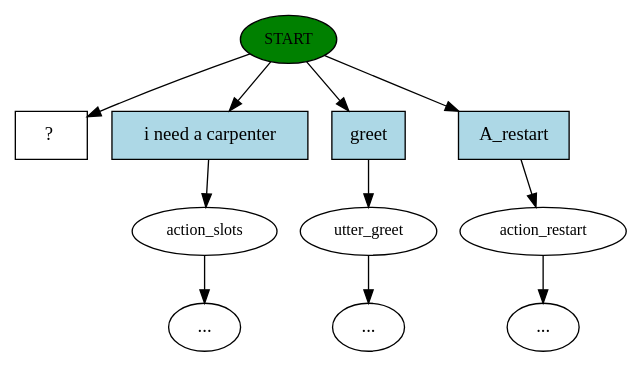
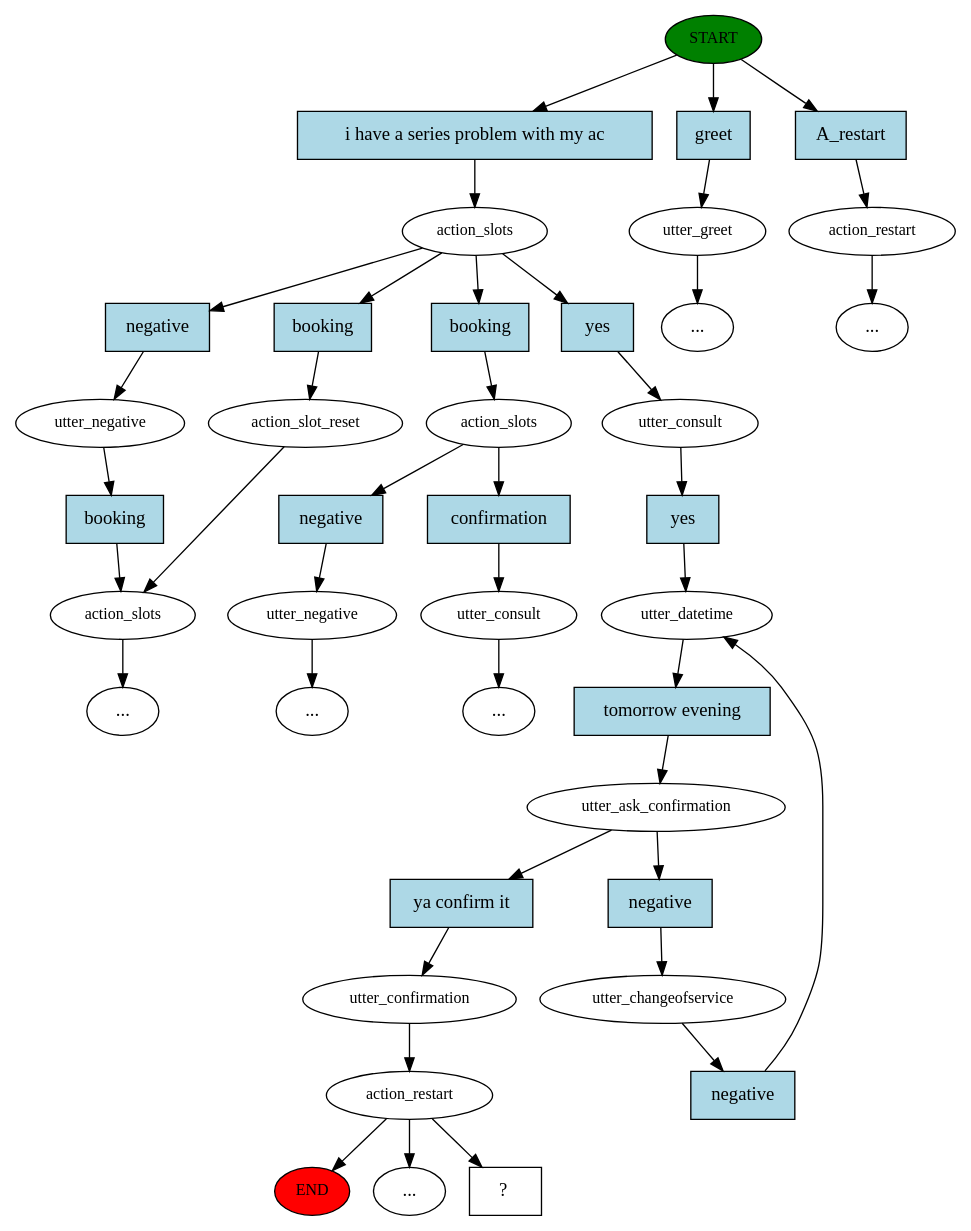
One commit to shyam2718/NLP changed the diagram in story_graph.dot. Above: the diagram before and after it, drawn with Graphviz. The commit also changed 23 other files, not shown here.

```diff
--- a/story_graph.dot
+++ b/story_graph.dot
@@ -1,23 +1,81 @@
 digraph  {
 0 [label=START, fillcolor=green, style=filled, fontsize=12, class="start active"];
-1 [label=action_slots, fontsize=12, class=""];
-2 [label=utter_greet, fontsize=12, class=""];
-6 [label=action_restart, fontsize=12, class=""];
+"-1" [label=END, fillcolor=red, style=filled, fontsize=12, class=end];
+1 [label=action_slots, fontsize=12, class=active];
+2 [label=utter_negative, fontsize=12, class=""];
+3 [label=action_slots, fontsize=12, class=""];
+5 [label=action_slot_reset, fontsize=12, class=""];
+7 [label=utter_greet, fontsize=12, class=""];
+12 [label=action_slots, fontsize=12, class=""];
+13 [label=utter_negative, fontsize=12, class=""];
+"-7" [label="...", class=ellipsis];
+15 [label=utter_consult, fontsize=12, class=active];
+16 [label=utter_datetime, fontsize=12, class=active];
+17 [label=utter_ask_confirmation, fontsize=12, class=active];
+18 [label=utter_confirmation, fontsize=12, class=active];
+19 [label=action_restart, fontsize=12, class=active];
+20 [label=action_restart, fontsize=12, class=""];
 "-8" [label="...", class=ellipsis];
+25 [label=utter_changeofservice, fontsize=12, class=""];
+"-9" [label="...", class=ellipsis];
+33 [label=utter_consult, fontsize=12, class=""];
+"-11" [label="...", class=ellipsis];
 "-12" [label="...", class=ellipsis];
-"-14" [label="...", class=ellipsis];
-13 [label="  ?  ", shape=rect, class="intent dashed active"];
-14 [label="i need a carpenter", shape=rect, style=filled, fillcolor=lightblue, class=intent];
-15 [label=greet, shape=rect, style=filled, fillcolor=lightblue, class=intent];
-16 [label=A_restart, shape=rect, style=filled, fillcolor=lightblue, class=intent];
-0 -> 13  [key=NONE, label="", class=active];
-0 -> 14  [key=0, class=""];
-0 -> 15  [key=0, class=""];
-0 -> 16  [key=0, class=""];
-1 -> "-14"  [key=NONE, label="", class=""];
-2 -> "-12"  [key=NONE, label="", class=""];
-6 -> "-8"  [key=NONE, label="", class=""];
-14 -> 1  [key=0, class=""];
-15 -> 2  [key=0, class=""];
-16 -> 6  [key=0, class=""];
+"-13" [label="...", class=ellipsis];
+44 [label="  ?  ", shape=rect, class="intent dashed active"];
+45 [label="i have a series problem with my ac", shape=rect, style=filled, fillcolor=lightblue, class="intent active"];
+46 [label=greet, shape=rect, style=filled, fillcolor=lightblue, class=intent];
+47 [label=A_restart, shape=rect, style=filled, fillcolor=lightblue, class=intent];
+48 [label=negative, shape=rect, style=filled, fillcolor=lightblue, class=intent];
+49 [label=booking, shape=rect, style=filled, fillcolor=lightblue, class=intent];
+50 [label=booking, shape=rect, style=filled, fillcolor=lightblue, class=intent];
+51 [label=yes, shape=rect, style=filled, fillcolor=lightblue, class="intent active"];
+52 [label=booking, shape=rect, style=filled, fillcolor=lightblue, class=intent];
+53 [label=negative, shape=rect, style=filled, fillcolor=lightblue, class=intent];
+54 [label=confirmation, shape=rect, style=filled, fillcolor=lightblue, class=intent];
+55 [label=yes, shape=rect, style=filled, fillcolor=lightblue, class="intent active"];
+56 [label="tomorrow evening", shape=rect, style=filled, fillcolor=lightblue, class="intent active"];
+57 [label="ya confirm it", shape=rect, style=filled, fillcolor=lightblue, class="intent active"];
+58 [label=negative, shape=rect, style=filled, fillcolor=lightblue, class=intent];
+59 [label=negative, shape=rect, style=filled, fillcolor=lightblue, class=intent];
+0 -> 45  [key=0, class=active];
+0 -> 46  [key=0, class=""];
+0 -> 47  [key=0, class=""];
+1 -> 48  [key=0, class=""];
+1 -> 49  [key=0, class=""];
+1 -> 50  [key=0, class=""];
+1 -> 51  [key=0, class=active];
+2 -> 52  [key=0, class=""];
+3 -> "-13"  [key=NONE, label="", class=""];
+5 -> 3  [key=NONE, label="", class=""];
+7 -> "-12"  [key=NONE, label="", class=""];
+12 -> 53  [key=0, class=""];
+12 -> 54  [key=0, class=""];
+13 -> "-7"  [key=NONE, label="", class=""];
+15 -> 55  [key=0, class=active];
+16 -> 56  [key=0, class=active];
+17 -> 57  [key=0, class=active];
+17 -> 58  [key=0, class=""];
+18 -> 19  [key=NONE, label="", class=active];
+19 -> "-1"  [key=NONE, label="", class=""];
+19 -> "-9"  [key=NONE, label="", class=""];
+19 -> 44  [key=NONE, label="", class=active];
+20 -> "-8"  [key=NONE, label="", class=""];
+25 -> 59  [key=0, class=""];
+33 -> "-11"  [key=NONE, label="", class=""];
+45 -> 1  [key=0, class=active];
+46 -> 7  [key=0, class=""];
+47 -> 20  [key=0, class=""];
+48 -> 2  [key=0, class=""];
+49 -> 5  [key=0, class=""];
+50 -> 12  [key=0, class=""];
+51 -> 15  [key=0, class=active];
+52 -> 3  [key=0, class=""];
+53 -> 13  [key=0, class=""];
+54 -> 33  [key=0, class=""];
+55 -> 16  [key=0, class=active];
+56 -> 17  [key=0, class=active];
+57 -> 18  [key=0, class=active];
+58 -> 25  [key=0, class=""];
+59 -> 16  [key=0, class=""];
 }
```
